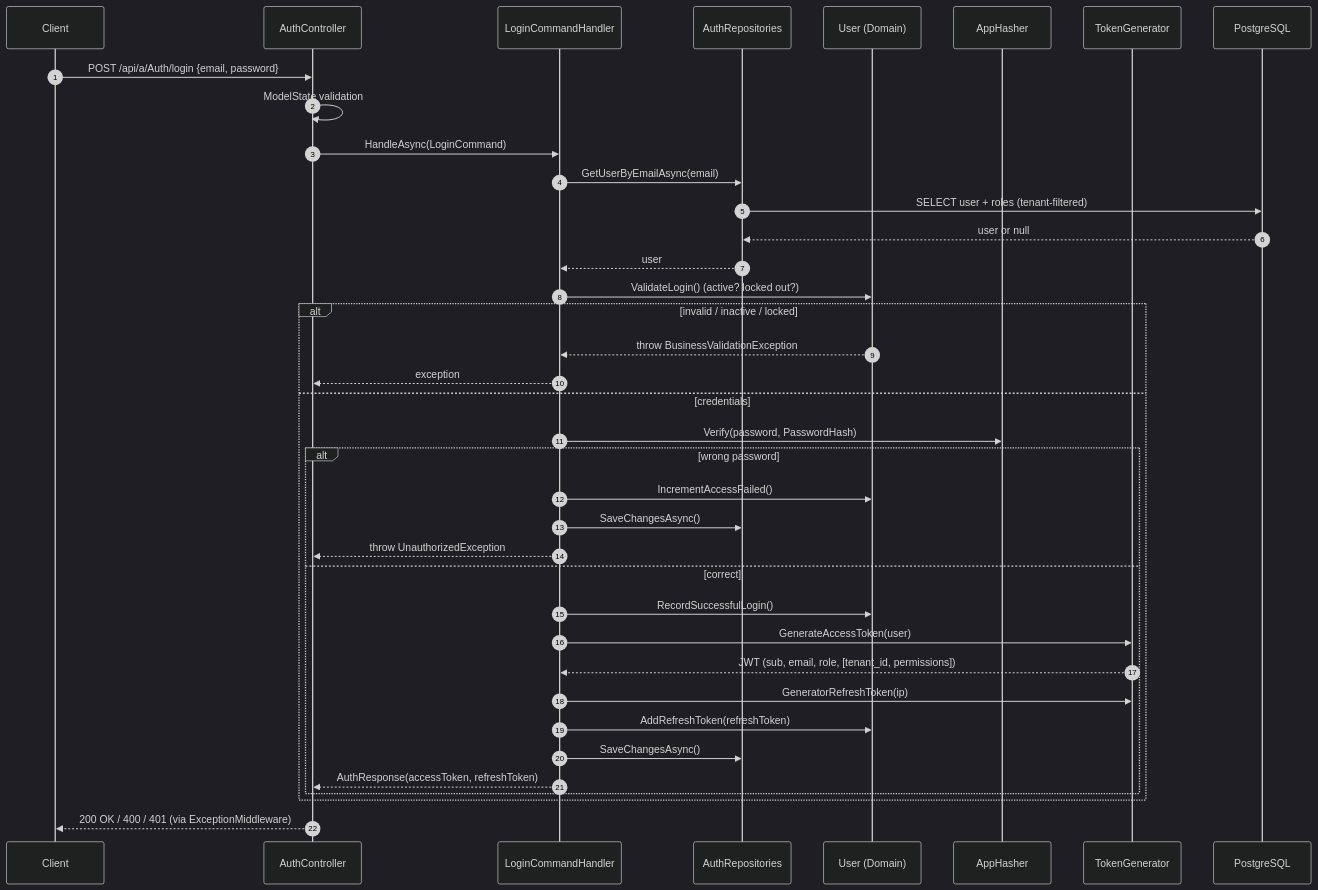
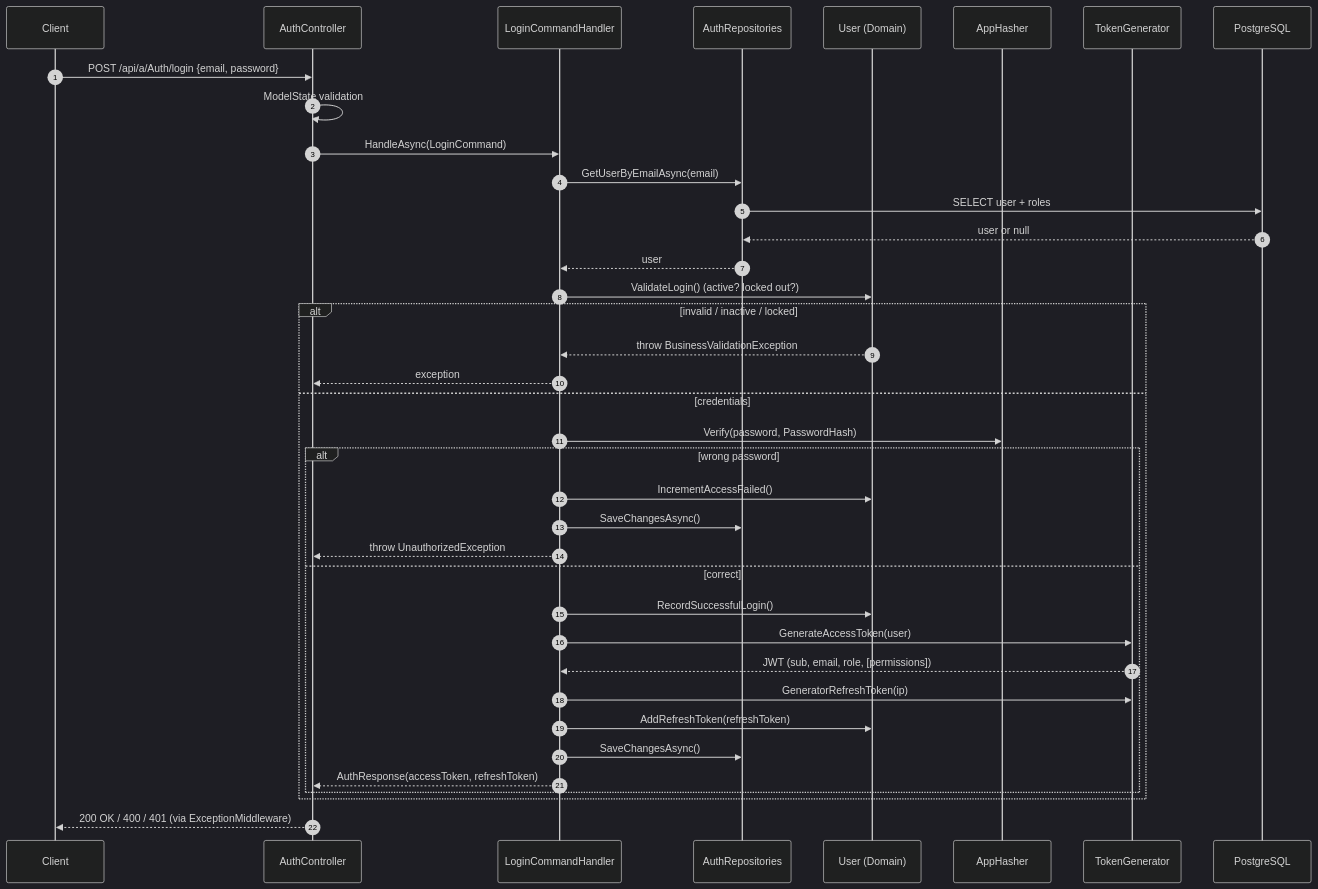
Before and after one commit to haddinz/S1: the ninth of 16 diagrams in ARCHITECTURE.md, drawn with Mermaid (dark theme). The commit also changed other lines of this file and 4 other files, not shown here.

````diff
--- a/ARCHITECTURE.md
+++ b/ARCHITECTURE.md
@@ -613,41 +583,41 @@
 ```mermaid
 sequenceDiagram
   autonumber
   participant C as Client
   participant AC as AuthController
   participant LH as LoginCommandHandler
   participant R as AuthRepositories
   participant U as User (Domain)
   participant H as AppHasher
   participant T as TokenGenerator
   participant DB as PostgreSQL
 
   C->>AC: POST /api/a/Auth/login {email, password}
   AC->>AC: ModelState validation
   AC->>LH: HandleAsync(LoginCommand)
   LH->>R: GetUserByEmailAsync(email)
-  R->>DB: SELECT user + roles (tenant-filtered)
+  R->>DB: SELECT user + roles
   DB-->>R: user or null
   R-->>LH: user
   LH->>U: ValidateLogin() (active? locked out?)
   alt invalid / inactive / locked
     U-->>LH: throw BusinessValidationException
     LH-->>AC: exception
   else credentials
     LH->>H: Verify(password, PasswordHash)
     alt wrong password
       LH->>U: IncrementAccessFailed()
       LH->>R: SaveChangesAsync()
       LH-->>AC: throw UnauthorizedException
     else correct
       LH->>U: RecordSuccessfulLogin()
       LH->>T: GenerateAccessToken(user)
-      T-->>LH: JWT (sub, email, role, [tenant_id, permissions])
+      T-->>LH: JWT (sub, email, role, [permissions])
       LH->>T: GeneratorRefreshToken(ip)
       LH->>U: AddRefreshToken(refreshToken)
       LH->>R: SaveChangesAsync()
       LH-->>AC: AuthResponse(accessToken, refreshToken)
     end
   end
   AC-->>C: 200 OK / 400 / 401 (via ExceptionMiddleware)
 ```
````
